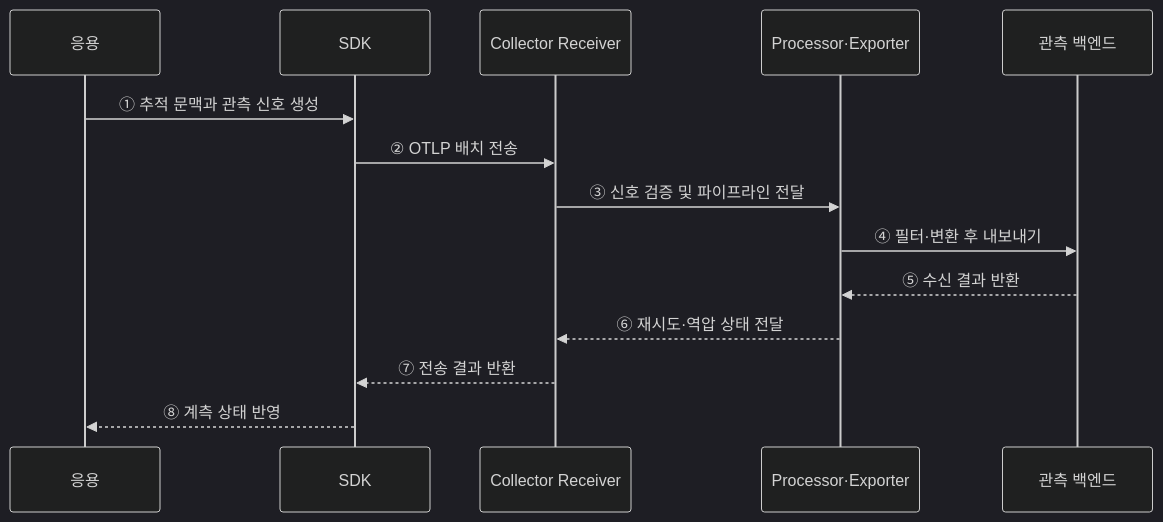
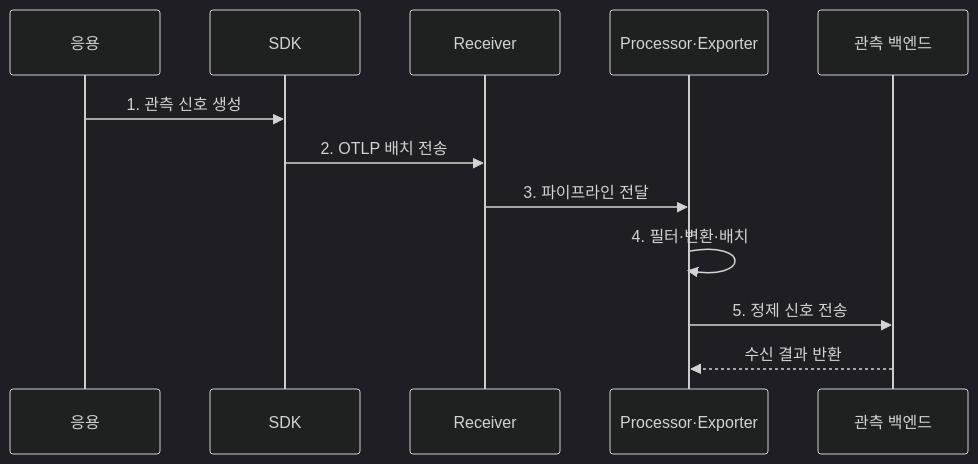
Before and after one commit to agnusdei1207/knowledge-base: the second of 2 diagrams in src/content/docs/notes/03-software/162_opentelemetry.md, drawn with Mermaid (dark theme). The commit also changed other lines of this file and 20 other files, not shown here.

````diff
--- a/src/content/docs/notes/03-software/162_opentelemetry.md
+++ b/src/content/docs/notes/03-software/162_opentelemetry.md
@@ -67,16 +84,14 @@
 ```mermaid
 sequenceDiagram
     participant A as 응용
     participant S as SDK
-    participant R as Collector Receiver
+    participant R as Receiver
     participant P as Processor·Exporter
     participant B as 관측 백엔드
-    A->>S: ① 추적 문맥과 관측 신호 생성
-    S->>R: ② OTLP 배치 전송
-    R->>P: ③ 신호 검증 및 파이프라인 전달
-    P->>B: ④ 필터·변환 후 내보내기
-    B-->>P: ⑤ 수신 결과 반환
-    P-->>R: ⑥ 재시도·역압 상태 전달
-    R-->>S: ⑦ 전송 결과 반환
-    S-->>A: ⑧ 계측 상태 반영
+    A->>S: 1. 관측 신호 생성
+    S->>R: 2. OTLP 배치 전송
+    R->>P: 3. 파이프라인 전달
+    P->>P: 4. 필터·변환·배치
+    P->>B: 5. 정제 신호 전송
+    B-->>P: 수신 결과 반환
 ```
````
